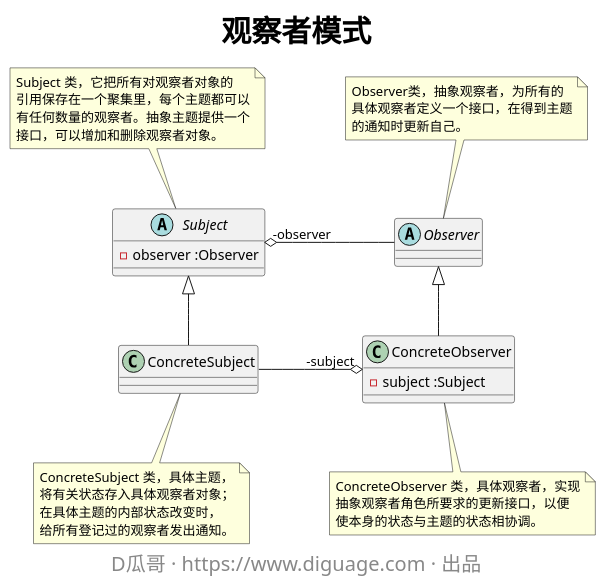
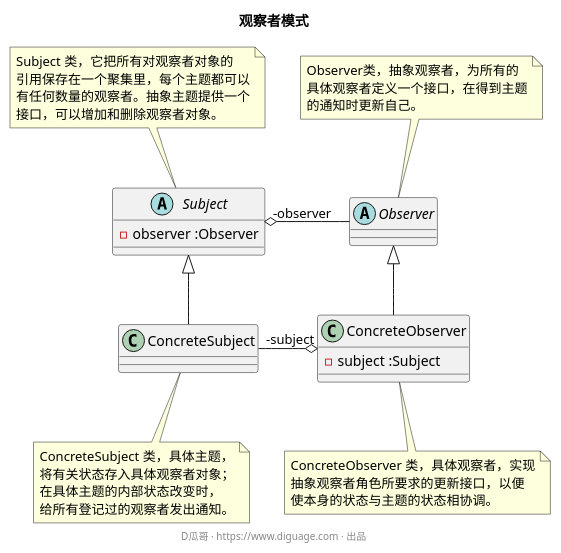
Before and after one commit to diguage/yongle: the diagram in docs/assets/diagrams/observer.puml, drawn with PlantUML. The commit also changed 7 other files, not shown here.

Commit message:
调整PlantUML等图片的样式及字体

```diff
--- a/docs/assets/diagrams/observer.puml
+++ b/docs/assets/diagrams/observer.puml
@@ -1,33 +1,30 @@
 @startuml
-skinparam nodesep 80
-skinparam titleFontSize 30
-title "**<b>观察者模式</b>**"
+title "**观察者模式**"
 
 abstract class Subject {
   - observer :Observer
 }
 note top: Subject 类，它把所有对观察者对象的\n引用保存在一个聚集里，每个主题都可以\n有任何数量的观察者。抽象主题提供一个\n接口，可以增加和删除观察者对象。
 
 abstract class Observer {
 }
 note top: Observer类，抽象观察者，为所有的\n具体观察者定义一个接口，在得到主题\n的通知时更新自己。
 
 class ConcreteObserver {
   - subject :Subject
 }
 note bottom: ConcreteObserver 类，具体观察者，实现\n抽象观察者角色所要求的更新接口，以便\n使本身的状态与主题的状态相协调。
 
 class ConcreteSubject {
 }
 note bottom: ConcreteSubject 类，具体主题，\n将有关状态存入具体观察者对象；\n在具体主题的内部状态改变时，\n给所有登记过的观察者发出通知。
 
 Subject "-observer" o-right- Observer
 
 Subject  <|-- ConcreteSubject
 Observer <|-- ConcreteObserver
 
 ConcreteObserver "-subject" o-left- ConcreteSubject
 
-skinparam footerFontSize 20
 footer D瓜哥 · https://www.diguage.com · 出品
 @enduml
```
